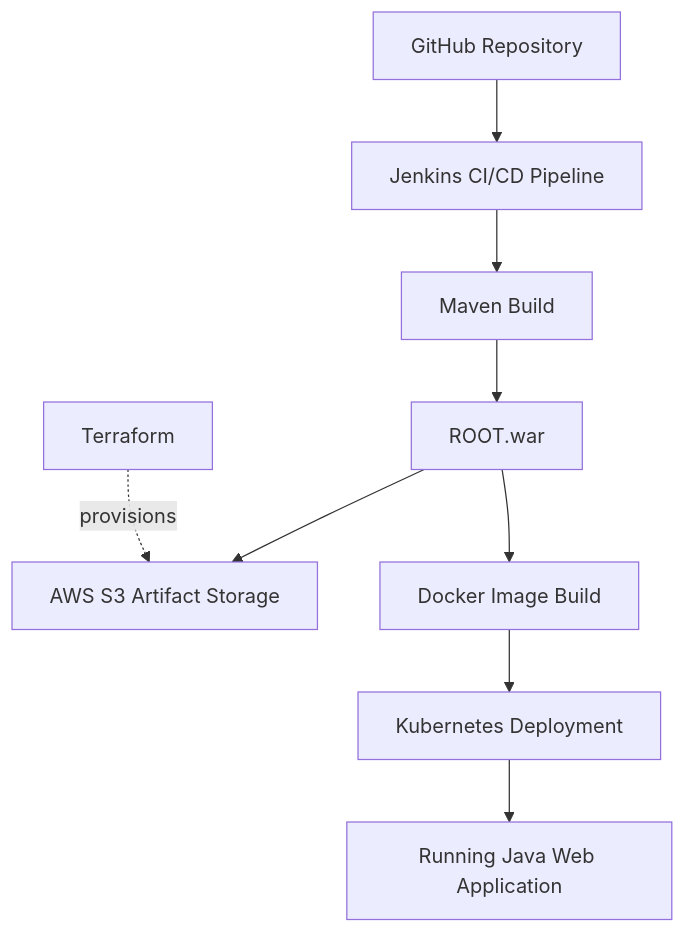
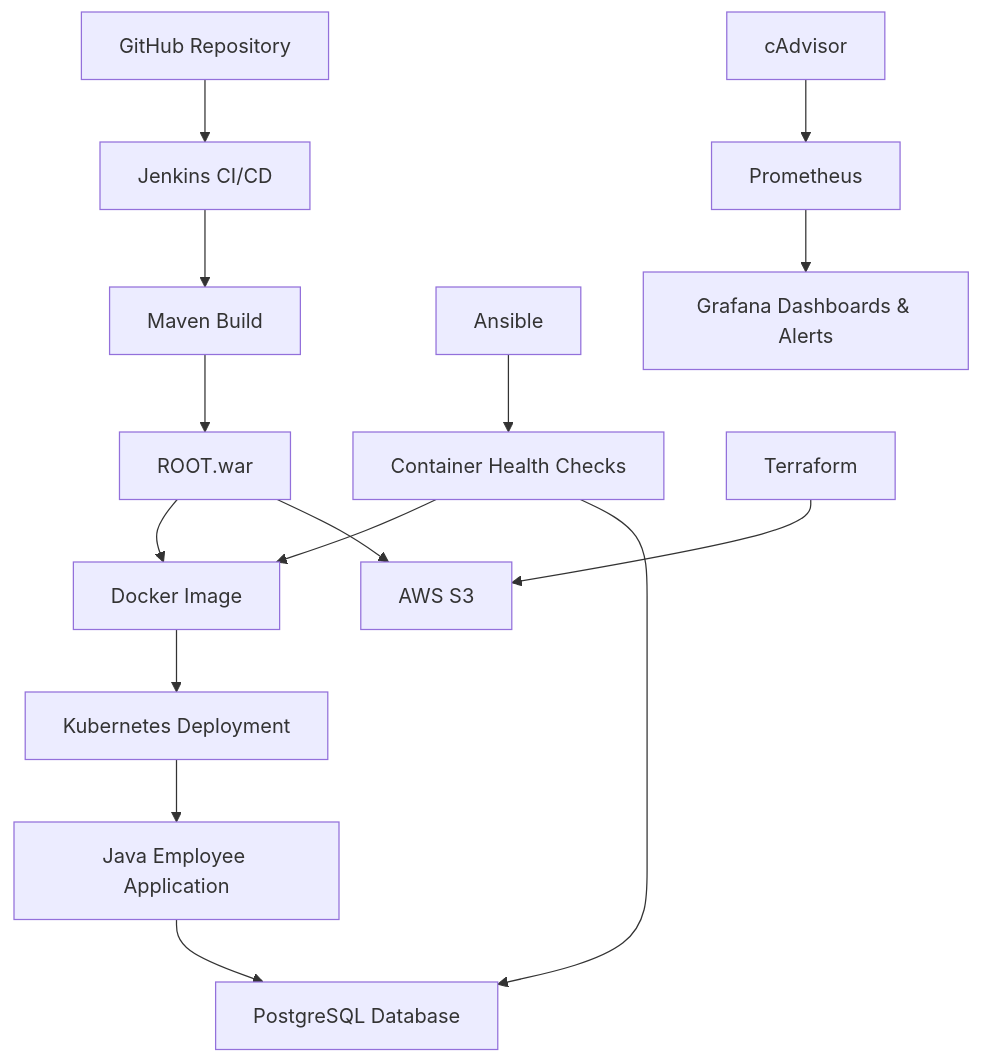
One commit to vidyashreekrishnamurthy/devops-cicd-project changed the diagram in README.md. Above: the diagram before and after it, drawn with Mermaid. The commit also changed other lines of this file, not shown here.

````diff
--- a/README.md
+++ b/README.md
@@ -46,11 +13,20 @@
 ```mermaid
 flowchart TD
-    A[GitHub Repository] --> B[Jenkins CI/CD Pipeline]
+    A[GitHub Repository] --> B[Jenkins CI/CD]
     B --> C[Maven Build]
     C --> D[ROOT.war]
-    D --> E[AWS S3 Artifact Storage]
-    D --> F[Docker Image Build]
-    F --> G[Kubernetes Deployment]
-    G --> H[Running Java Web Application]
-    I[Terraform] -. provisions .-> E
+    D --> E[Docker Image]
+    E --> F[Kubernetes Deployment]
+    F --> G[Java Employee Application]
+    G --> H[PostgreSQL Database]
+
+    I[Ansible] --> J[Container Health Checks]
+    J --> E
+    J --> H
+
+    K[cAdvisor] --> L[Prometheus]
+    L --> M[Grafana Dashboards & Alerts]
+
+    N[Terraform] --> O[AWS S3]
+    D --> O
 ```
````
